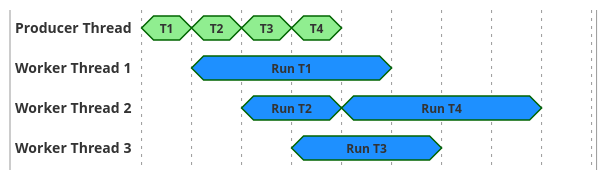
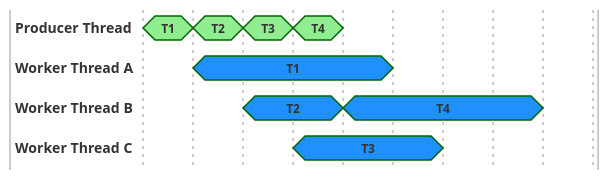
Before and after one commit to jetty/jetty.project: the third of 5 diagrams in documentation/jetty/modules/programming-guide/pages/arch/threads.adoc, drawn with PlantUML. The commit also changed other lines of this file and 9 other files, not shown here.

```diff
--- a/documentation/jetty/modules/programming-guide/pages/arch/threads.adoc
+++ b/documentation/jetty/modules/programming-guide/pages/arch/threads.adoc
@@ -70,30 +101,30 @@
 [plantuml]
 ----
 skinparam backgroundColor transparent
 
 compact concise "Producer Thread" as PT
-compact concise "Worker Thread 1" as WT1
-compact concise "Worker Thread 2" as WT2
-compact concise "Worker Thread 3" as WT3
+compact concise "Worker Thread A" as WTA
+compact concise "Worker Thread B" as WTB
+compact concise "Worker Thread C" as WTC
 hide time-axis
 
 @PT
 0 is T1 #lightgreen
 1 is T2 #lightgreen
 2 is T3 #lightgreen
 3 is T4 #lightgreen
 4 is {hidden}
 
-@WT1
-1 is "Run T1" #dodgerblue
+@WTA
+1 is T1 #dodgerblue
 5 is {hidden}
 
-@WT2
-2 is "Run T2" #dodgerblue
-4 is "Run T4" #dodgerblue
+@WTB
+2 is T2 #dodgerblue
+4 is T4 #dodgerblue
 8 is {hidden}
 
-@WT3
-3 is "Run T3" #dodgerblue
+@WTC
+3 is T3 #dodgerblue
 6 is {hidden}
 ----
```
